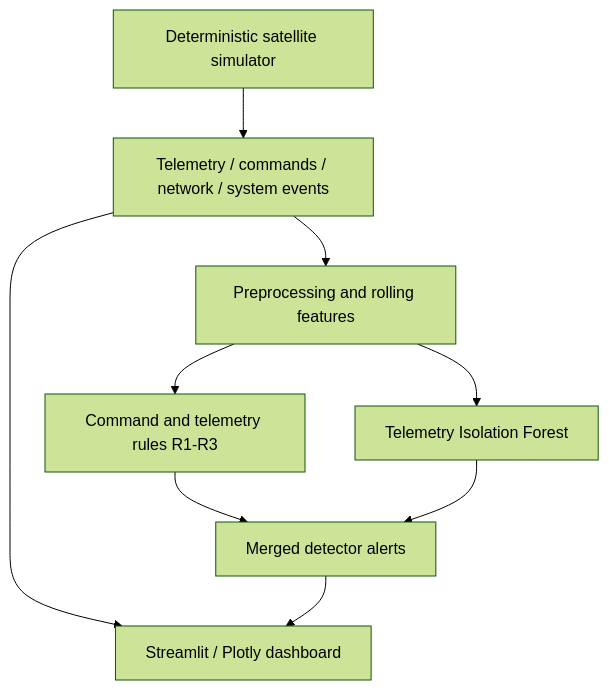
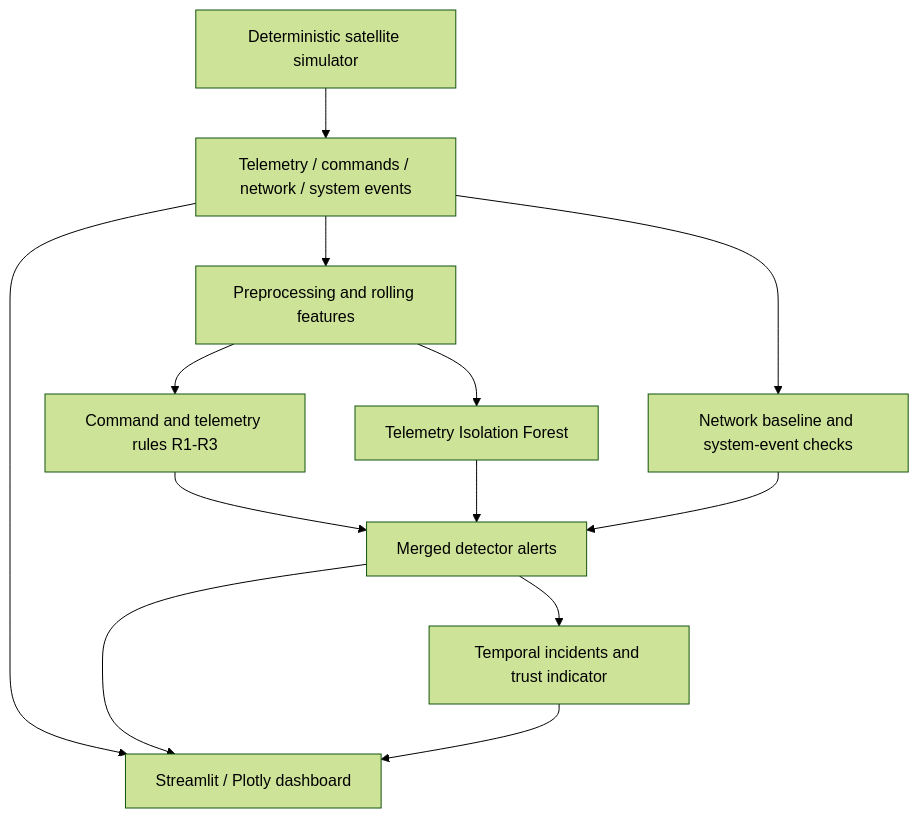
The diagram in README.md (JasserEzzine/TekClipse), drawn with Mermaid (forest theme) before and after one commit. The commit also changed other lines of this file and 1 other file, not shown here.

Commit message:
Explain E7, trust indicator and held-out synthetic evaluation

````diff
--- a/README.md
+++ b/README.md
@@ -27,11 +30,15 @@
 ```mermaid
 flowchart TD
     A[Deterministic satellite simulator] --> B[Telemetry / commands / network / system events]
     B --> C[Preprocessing and rolling features]
     C --> D[Command and telemetry rules R1-R3]
     C --> E[Telemetry Isolation Forest]
+    B --> N[Network baseline and system-event checks]
     D --> F[Merged detector alerts]
     E --> F
+    N --> F
+    F --> I[Temporal incidents and trust indicator]
     B --> G[Streamlit / Plotly dashboard]
     F --> G
+    I --> G
 ```
````
